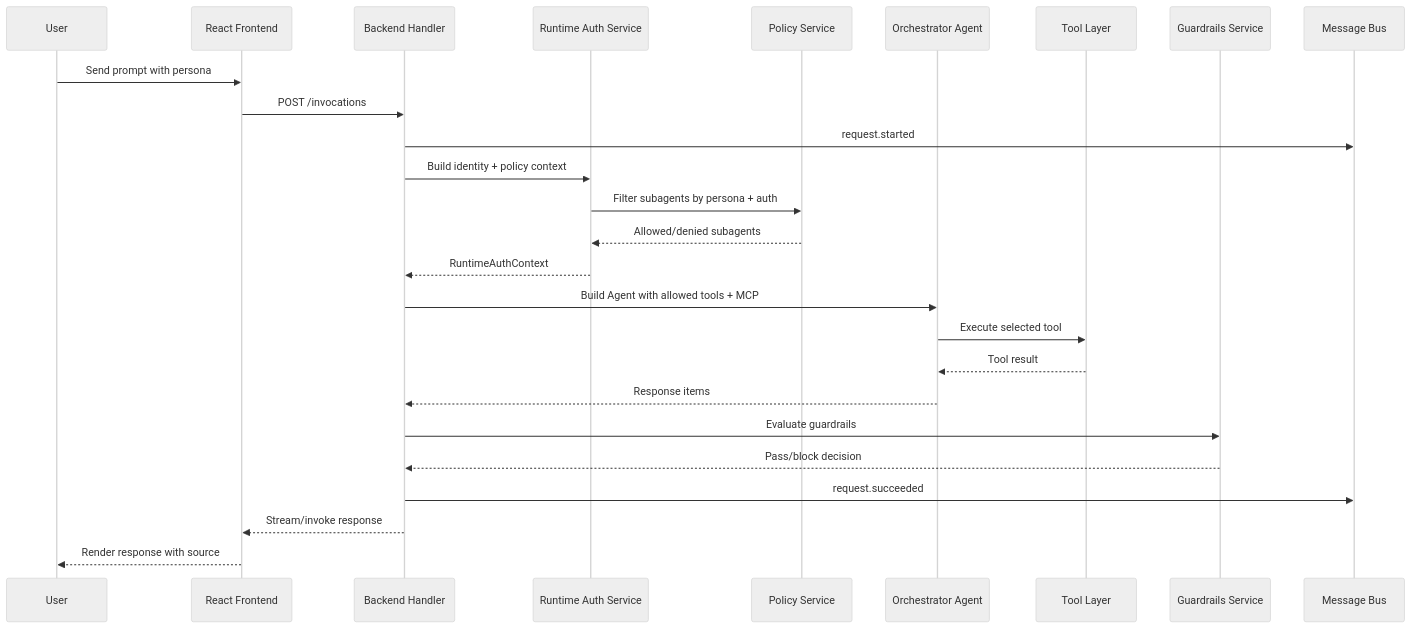
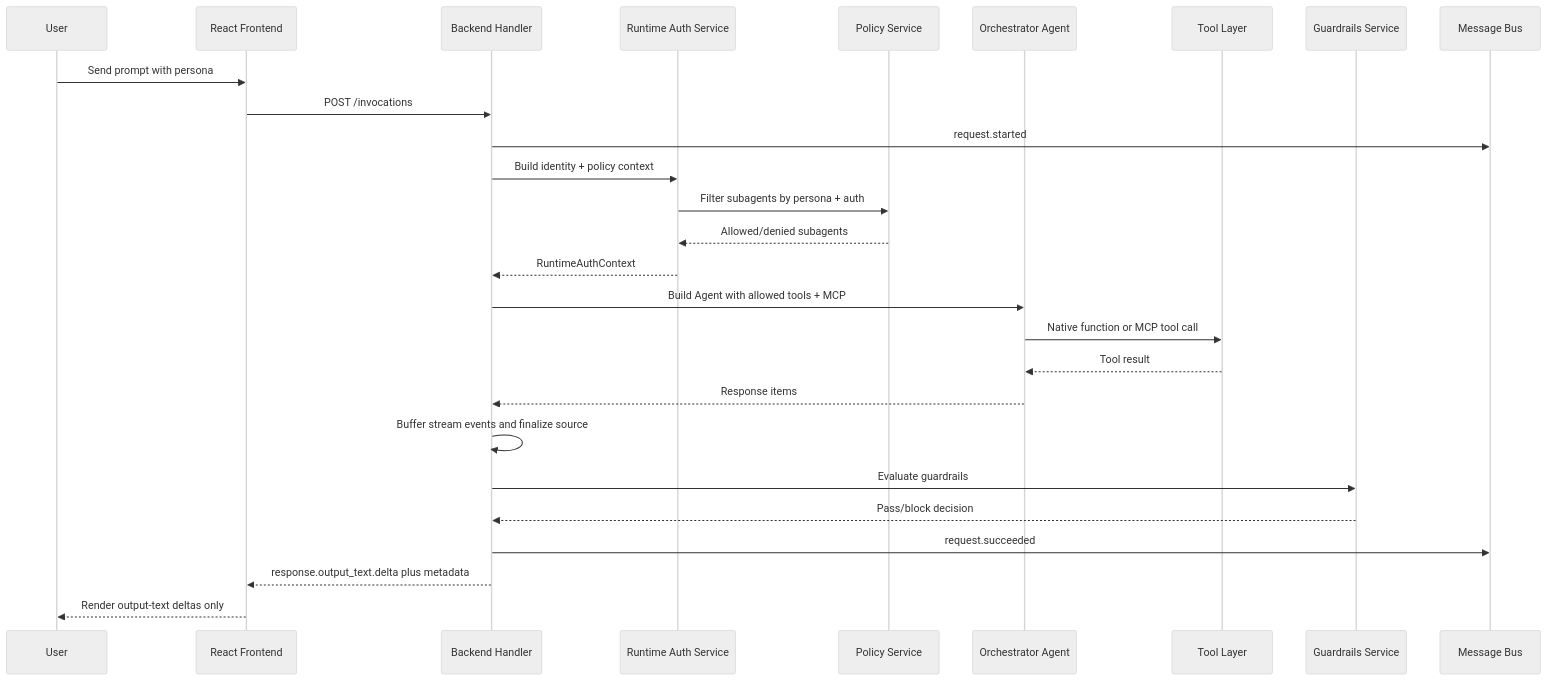
The second of 4 diagrams in docs/architecture/design-artifacts/03-logical-high-level.md (wchen-dea/Governed-Multi-Agent-Intelligence-on-Databricks), drawn with Mermaid (neutral theme) before and after one commit. The commit also changed 4 other files, not shown here.

````diff
--- a/docs/architecture/design-artifacts/03-logical-high-level.md
+++ b/docs/architecture/design-artifacts/03-logical-high-level.md
@@ -30,29 +30,30 @@
 ```mermaid
 sequenceDiagram
     participant U as User
     participant FE as React Frontend
     participant BE as Backend Handler
     participant RA as Runtime Auth Service
     participant POL as Policy Service
     participant OR as Orchestrator Agent
     participant TL as Tool Layer
     participant GR as Guardrails Service
     participant MB as Message Bus
 
     U->>FE: Send prompt with persona
     FE->>BE: POST /invocations
     BE->>MB: request.started
     BE->>RA: Build identity + policy context
     RA->>POL: Filter subagents by persona + auth
     POL-->>RA: Allowed/denied subagents
     RA-->>BE: RuntimeAuthContext
     BE->>OR: Build Agent with allowed tools + MCP
-    OR->>TL: Execute selected tool
+    OR->>TL: Native function or MCP tool call
     TL-->>OR: Tool result
     OR-->>BE: Response items
+    BE->>BE: Buffer stream events and finalize source
     BE->>GR: Evaluate guardrails
     GR-->>BE: Pass/block decision
     BE->>MB: request.succeeded
-    BE-->>FE: Stream/invoke response
-    FE-->>U: Render response with source
+    BE-->>FE: response.output_text.delta plus metadata
+    FE-->>U: Render output-text deltas only
 ```
````
